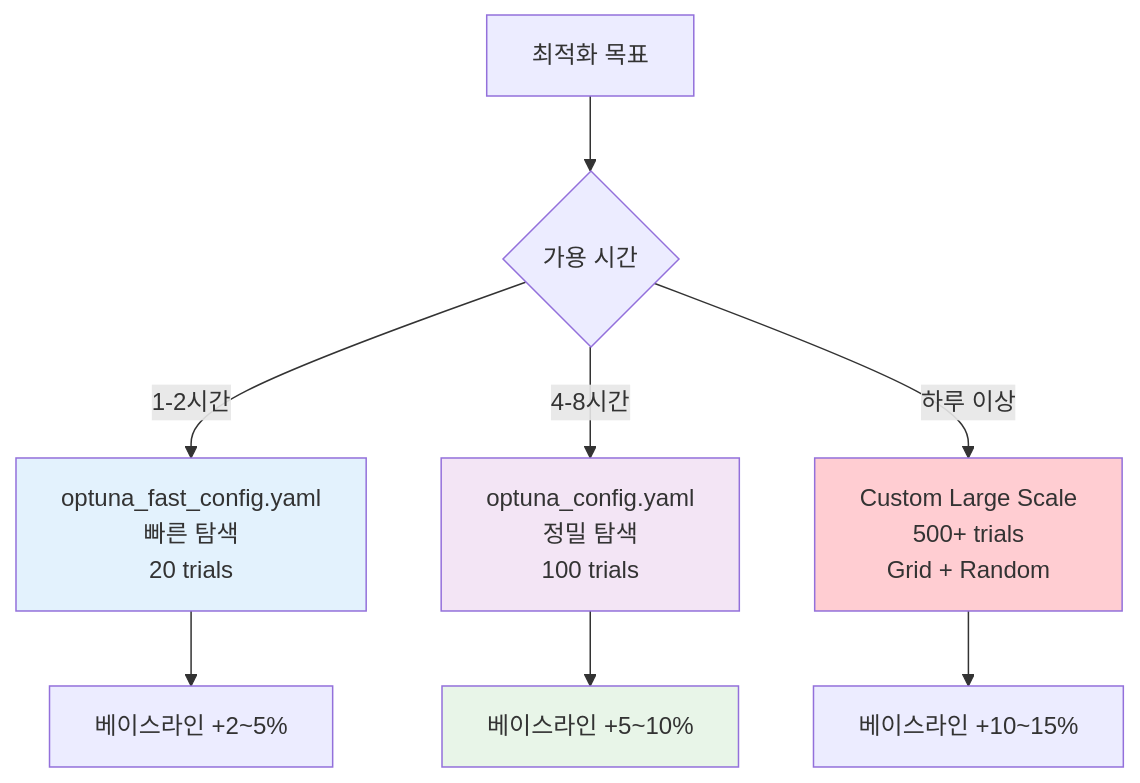
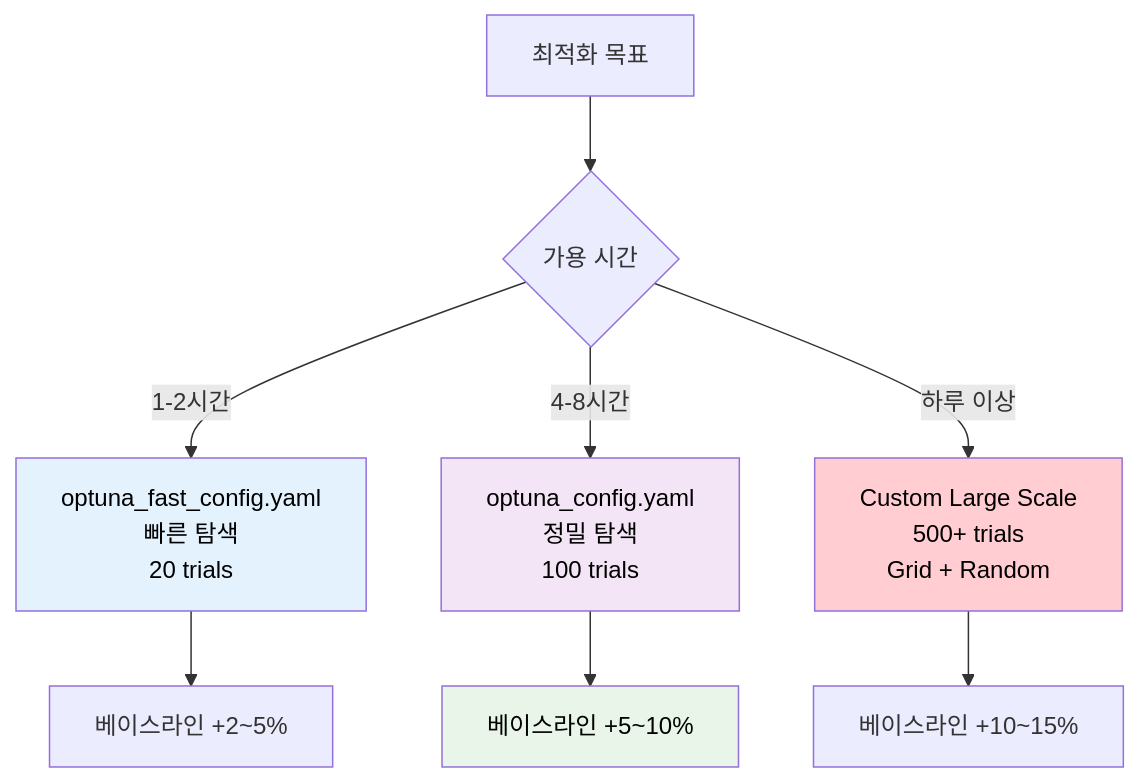
Before and after one commit to nimnusmik/CV_documents_classification_competition: the second of 3 diagrams in docs/configs_폴더_설정 파일_생성/최적화_설정_파일_생성_가이드.md, drawn with Mermaid. The commit also changed other lines of this file and 11 other files, not shown here.

Commit message:
docs: mermaid 글자 색상 명확한 검정색으로 수정

````diff
--- a/docs/configs_폴더_설정 파일_생성/최적화_설정_파일_생성_가이드.md
+++ b/docs/configs_폴더_설정 파일_생성/최적화_설정_파일_생성_가이드.md
@@ -86,17 +86,17 @@
 ```mermaid
 flowchart TD
     A[최적화 목표] --> B{가용 시간}
     
     B -->|1-2시간| C[optuna_fast_config.yaml<br/>빠른 탐색<br/>20 trials]
     B -->|4-8시간| D[optuna_config.yaml<br/>정밀 탐색<br/>100 trials]
     B -->|하루 이상| E[Custom Large Scale<br/>500+ trials<br/>Grid + Random]
     
     C --> F[베이스라인 +2~5%]
     D --> G[베이스라인 +5~10%]
     E --> H[베이스라인 +10~15%]
     
-    style C fill:#e3f2fd
-    style D fill:#f3e5f5
-    style E fill:#ffcdd2
-    style G fill:#e8f5e8
+    style C fill:#e3f2fd, color:#000000
+    style D fill:#f3e5f5, color:#000000
+    style E fill:#ffcdd2, color:#000000
+    style G fill:#e8f5e8, color:#000000
 ```
````
